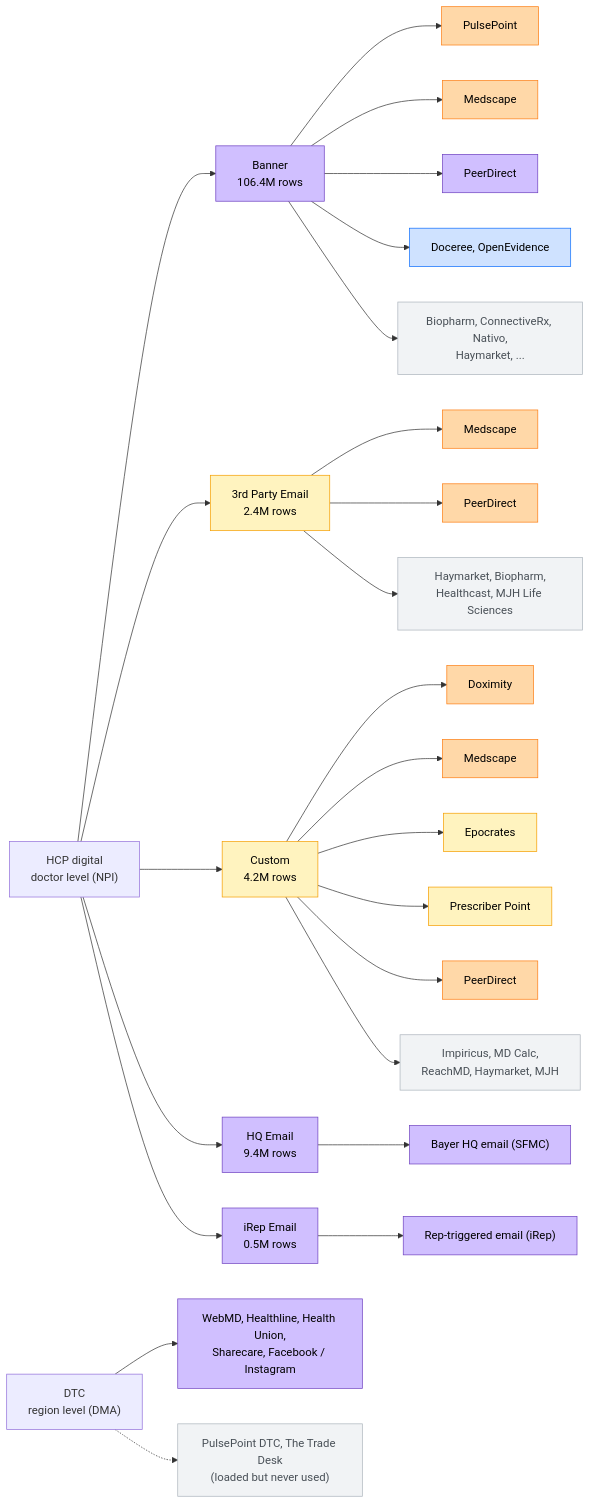
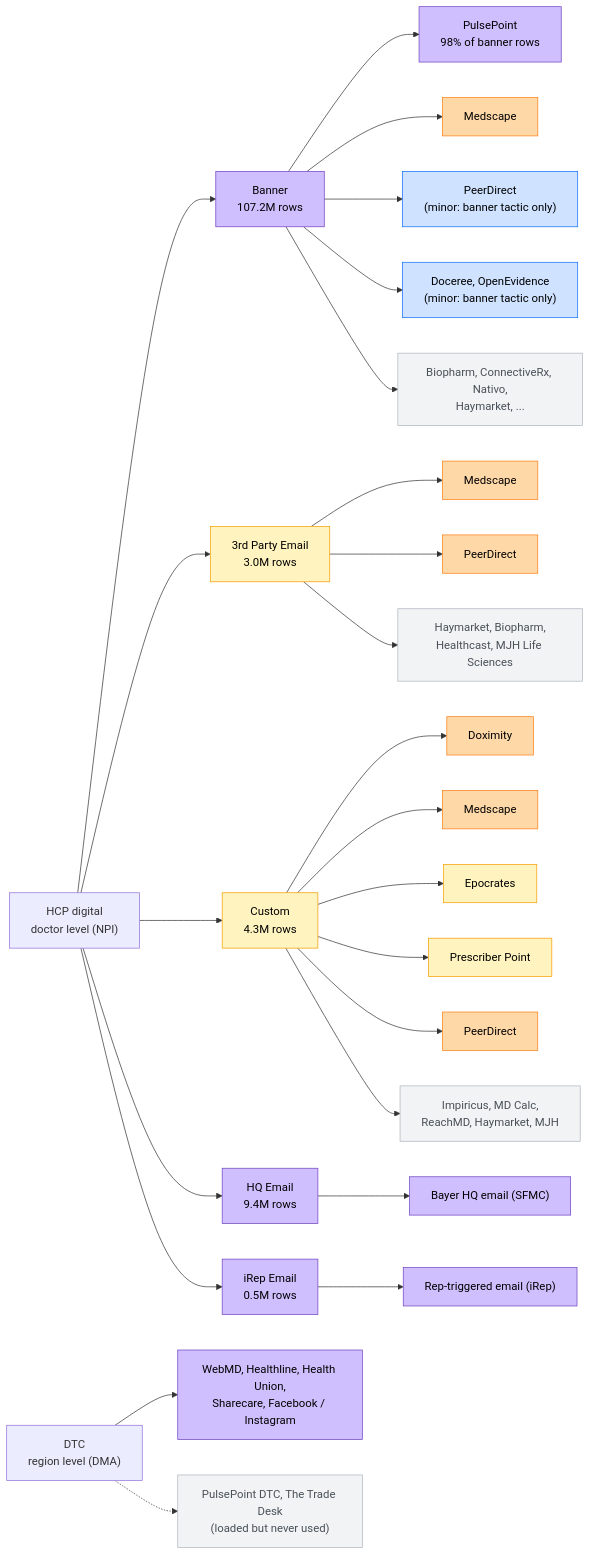
One commit to WenjieAtBayer/kerendia_nba_3_1_develop changed the first of 7 diagrams in NBA 3.1 - Dev/04_Promotional_Features/non_personal_promotional_features/01_digital_entity_map_vendor_channel_tactic_content.md. Above: the diagram before and after it, drawn with Mermaid. The commit also changed other lines of this file and 1 other file, not shown here.

First line of the commit message:
fix: correct banner mapping and include all Kerendia brand variants in entity map

````diff
--- a/NBA 3.1 - Dev/04_Promotional_Features/non_personal_promotional_features/01_digital_entity_map_vendor_channel_tactic_content.md
+++ b/NBA 3.1 - Dev/04_Promotional_Features/non_personal_promotional_features/01_digital_entity_map_vendor_channel_tactic_content.md
@@ -39,54 +41,54 @@
 ```mermaid
 flowchart LR
     HCP["HCP digital<br/>doctor level (NPI)"]
     DTC["DTC<br/>region level (DMA)"]
 
-    HCP --> BAN["Banner<br/>106.4M rows"]
-    HCP --> TPE["3rd Party Email<br/>2.4M rows"]
-    HCP --> CUS["Custom<br/>4.2M rows"]
+    HCP --> BAN["Banner<br/>107.2M rows"]
+    HCP --> TPE["3rd Party Email<br/>3.0M rows"]
+    HCP --> CUS["Custom<br/>4.3M rows"]
     HCP --> HQ["HQ Email<br/>9.4M rows"]
     HCP --> IREP["iRep Email<br/>0.5M rows"]
 
-    BAN --> V_PP["PulsePoint"]
+    BAN --> V_PP["PulsePoint<br/>98% of banner rows"]
     BAN --> V_MS1["Medscape"]
-    BAN --> V_PD1["PeerDirect"]
-    BAN --> V_DO["Doceree, OpenEvidence"]
+    BAN --> V_PD1["PeerDirect<br/>(minor: banner tactic only)"]
+    BAN --> V_DO["Doceree, OpenEvidence<br/>(minor: banner tactic only)"]
     BAN --> V_BO["Biopharm, ConnectiveRx, Nativo,<br/>Haymarket, ..."]
 
     TPE --> V_MS2["Medscape"]
     TPE --> V_PD2["PeerDirect"]
     TPE --> V_TO["Haymarket, Biopharm,<br/>Healthcast, MJH Life Sciences"]
 
     CUS --> V_DOX["Doximity"]
     CUS --> V_MS3["Medscape"]
     CUS --> V_EPO["Epocrates"]
     CUS --> V_PRP["Prescriber Point"]
     CUS --> V_PD3["PeerDirect"]
     CUS --> V_CO["Impiricus, MD Calc,<br/>ReachMD, Haymarket, MJH"]
 
     HQ --> V_HQ["Bayer HQ email (SFMC)"]
     IREP --> V_IR["Rep-triggered email (iRep)"]
 
     DTC --> V_DTC["WebMD, Healthline, Health Union,<br/>Sharecare, Facebook / Instagram"]
     DTC -.-> V_DTCX["PulsePoint DTC, The Trade Desk<br/>(loaded but never used)"]
 
     classDef nbaM fill:#cfe2ff,stroke:#0d6efd,color:#000
     classDef oeR fill:#ffd8a8,stroke:#fd7e14,color:#000
     classDef oeF fill:#fff3bf,stroke:#f59f00,color:#000
     classDef both fill:#d0bfff,stroke:#6f42c1,color:#000
     classDef nbaB fill:#f1f3f5,stroke:#adb5bd,color:#495057
 
     class BAN both
     class TPE,CUS oeF
     class HQ both
     class IREP both
-    class V_PP,V_MS1,V_MS2,V_PD2,V_PD3,V_DOX,V_MS3 oeR
+    class V_PP both
+    class V_MS1,V_MS2,V_PD2,V_PD3,V_DOX,V_MS3 oeR
     class V_HQ both
     class V_IR both
     class V_EPO,V_PRP oeF
-    class V_PD1 both
-    class V_DO nbaM
+    class V_PD1,V_DO nbaM
     class V_BO,V_TO,V_CO nbaB
     class V_DTC both
     class V_DTCX nbaB
 ```
````
